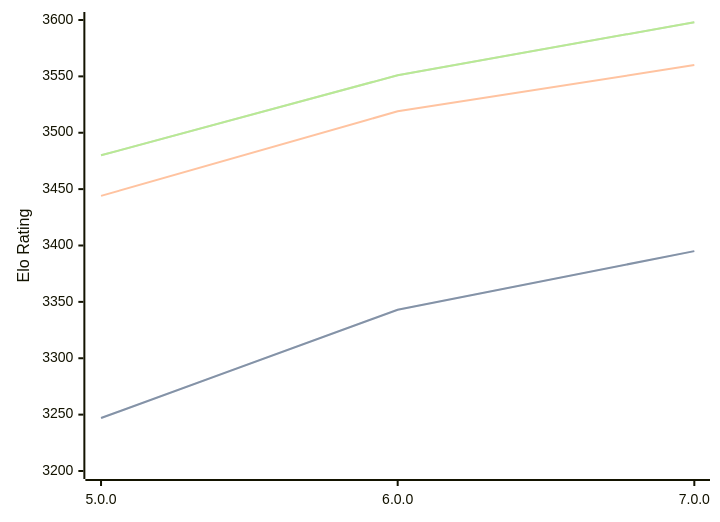
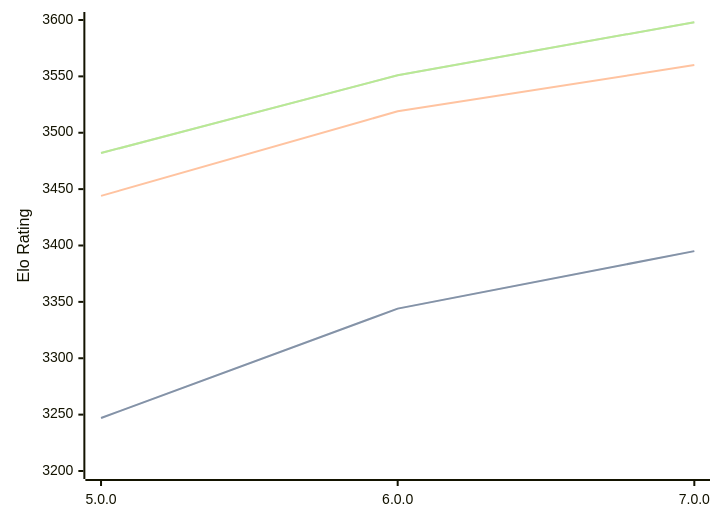
Before and after one commit to computer-chess-index/cci: the diagram in engines/Stormphrax.md, drawn with Mermaid. The commit also changed other lines of this file, not shown here.

Commit message:
Update CCI Ratings (ELO VLTC) - 2026-05-05

````diff
--- a/engines/Stormphrax.md
+++ b/engines/Stormphrax.md
@@ -38,11 +38,11 @@
 ```mermaid
 %%{init: {"theme":"base","themeVariables":{"seriesColors:['#a3a3a3','#222221','#faa371']}}}%%
 xychart-beta
   x-axis ["5.0.0", "6.0.0", "7.0.0"]
   y-axis "Elo Rating" 3200 --> 3600
-  line "STC (8.0+0.08s)" [3247, 3343, 3395]
-  line "STC (8.0+0.08s)" [3247, 3343, 3395]
+  line "STC (8.0+0.08s)" [3247, 3344, 3395]
+  line "STC (8.0+0.08s)" [3247, 3344, 3395]
   line "LTC (60.0+0.60s)" [3444, 3519, 3560]
-  line "VLTC (2m24s+1.12s)" [3480, 3551, 3598]
-  line "VLTC (2m24s+1.12s)" [3480, 3551, 3598]
+  line "VLTC (2m24s+1.12s)" [3482, 3551, 3598]
+  line "VLTC (2m24s+1.12s)" [3482, 3551, 3598]
 ```
````
